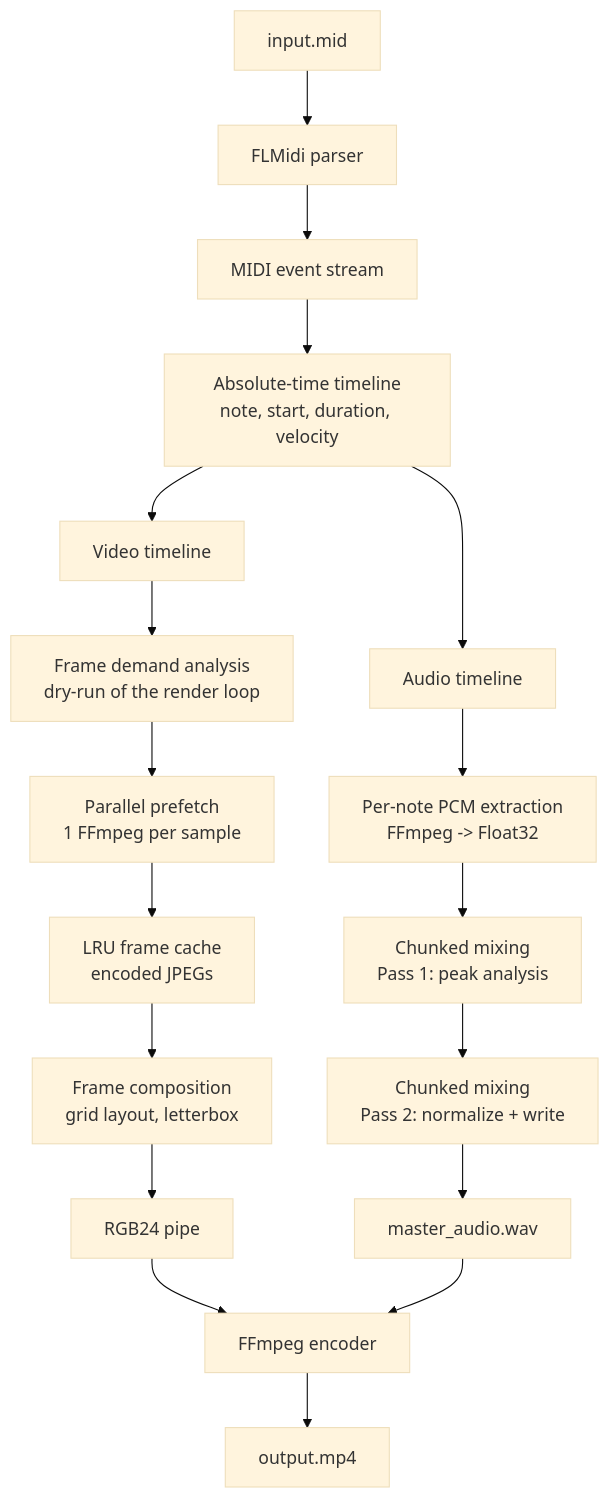
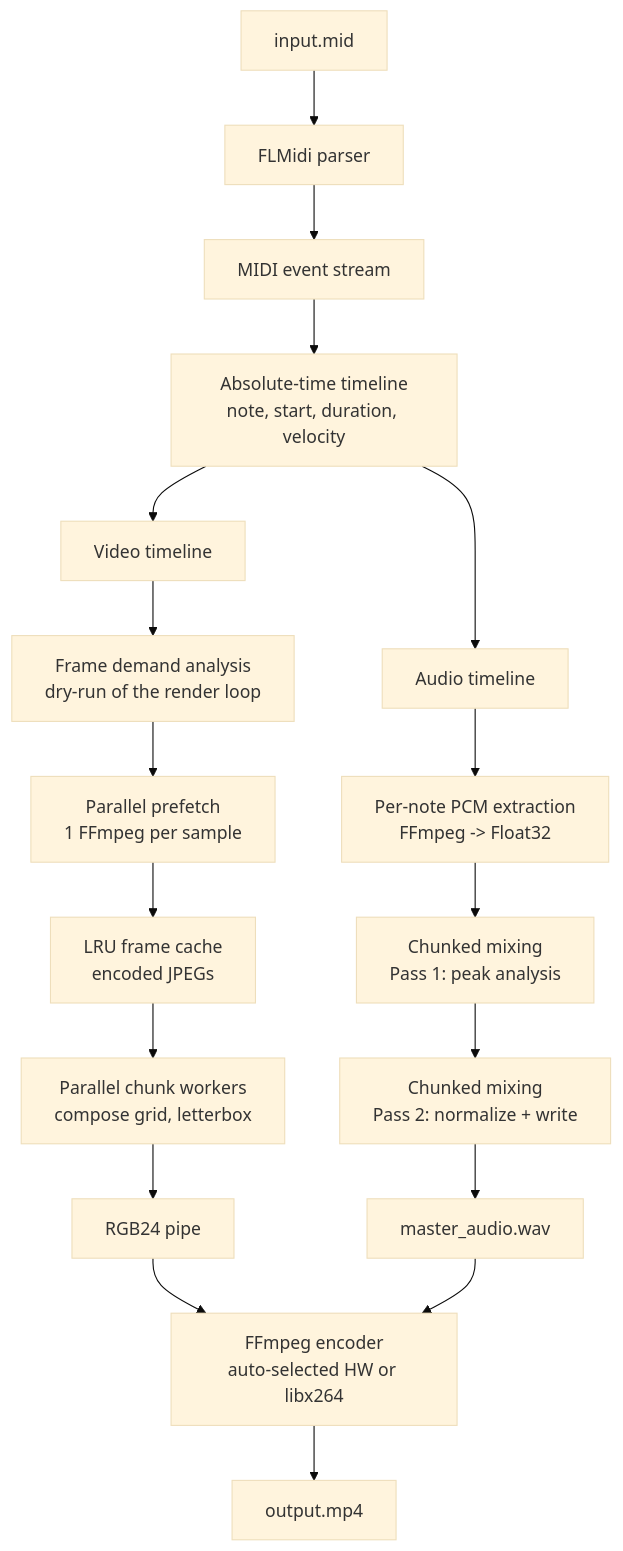
Before and after one commit to LucasAlfare/FL-vSampler: the diagram in README.md, drawn with Mermaid (base theme). The commit also changed other lines of this file, not shown here.

````diff
--- a/README.md
+++ b/README.md
@@ -145,20 +151,20 @@
 ```mermaid
 flowchart TD
     A[input.mid] --> B[FLMidi parser]
     B --> C[MIDI event stream]
     C --> D[Absolute-time timeline<br/>note, start, duration, velocity]
     D --> E[Audio timeline]
     D --> F[Video timeline]
     E --> G[Per-note PCM extraction<br/>FFmpeg -> Float32]
     G --> H[Chunked mixing<br/>Pass 1: peak analysis]
     H --> I[Chunked mixing<br/>Pass 2: normalize + write]
     I --> J[master_audio.wav]
     F --> K[Frame demand analysis<br/>dry-run of the render loop]
     K --> L[Parallel prefetch<br/>1 FFmpeg per sample]
     L --> M[LRU frame cache<br/>encoded JPEGs]
-    M --> N[Frame composition<br/>grid layout, letterbox]
+    M --> N[Parallel chunk workers<br/>compose grid, letterbox]
     N --> O[RGB24 pipe]
-    O --> P[FFmpeg encoder]
+    O --> P[FFmpeg encoder<br/>auto-selected HW or libx264]
     J --> P
     P --> Q[output.mp4]
 ```
````
